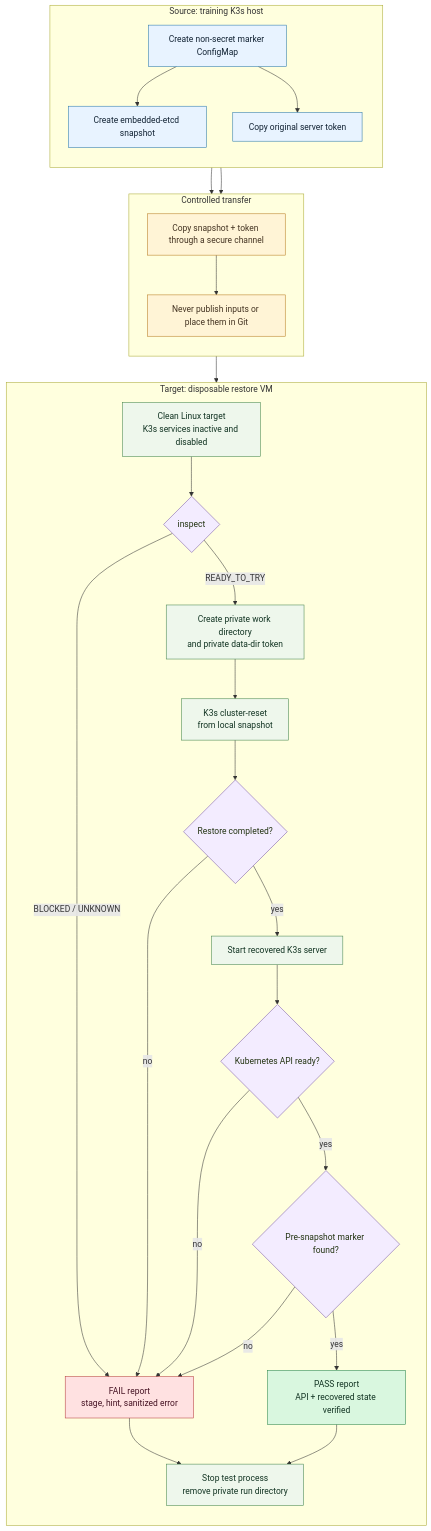
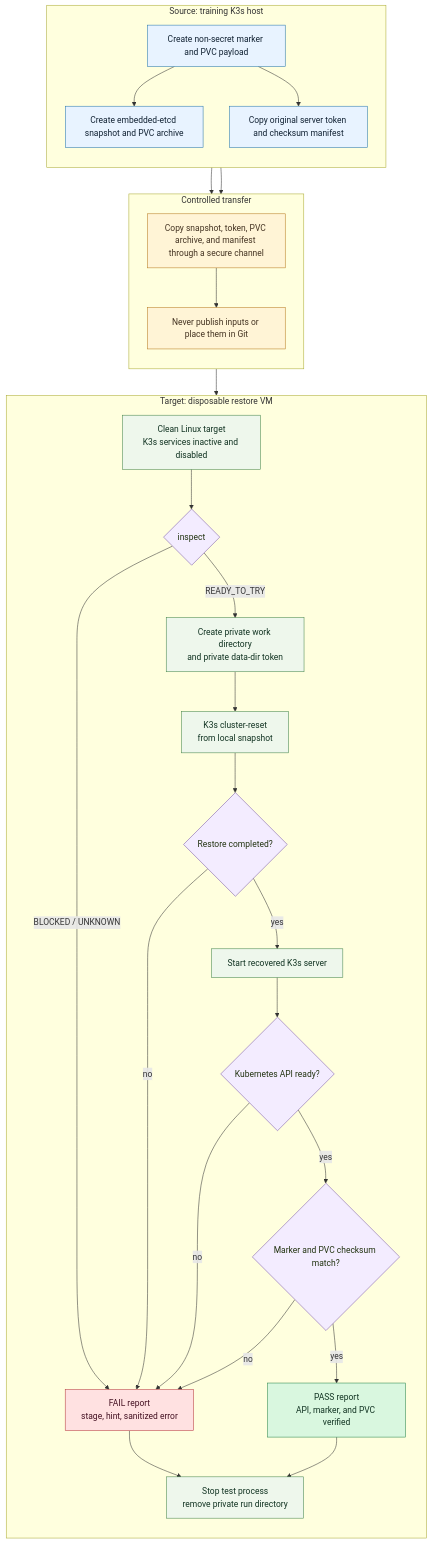
Before and after one commit to alternatif-omg/K3s-Restore-Drill: the diagram in README.md, drawn with Mermaid. The commit also changed other lines of this file and 7 other files, not shown here.

````diff
--- a/README.md
+++ b/README.md
@@ -37,64 +38,64 @@
 ```mermaid
 flowchart TB
     subgraph Source["Source: training K3s host"]
         direction TB
-        S1["Create non-secret marker ConfigMap"]
-        S2["Create embedded-etcd snapshot"]
-        S3["Copy original server token"]
+        S1["Create non-secret marker and PVC payload"]
+        S2["Create embedded-etcd snapshot and PVC archive"]
+        S3["Copy original server token and checksum manifest"]
         S1 --> S2
         S1 --> S3
     end
 
     subgraph Transfer["Controlled transfer"]
         direction TB
-        X1["Copy snapshot + token through a secure channel"]
+        X1["Copy snapshot, token, PVC archive, and manifest through a secure channel"]
         X2["Never publish inputs or place them in Git"]
         X1 --> X2
     end
 
     subgraph Target["Target: disposable restore VM"]
         direction TB
         T1["Clean Linux target<br/>K3s services inactive and disabled"]
         T2{"inspect"}
         T3["Create private work directory<br/>and private data-dir token"]
         T4["K3s cluster-reset<br/>from local snapshot"]
         T5{"Restore completed?"}
         T6["Start recovered K3s server"]
         T7{"Kubernetes API ready?"}
-        T8{"Pre-snapshot marker found?"}
-        T9["PASS report<br/>API + recovered state verified"]
+        T8{"Marker and PVC checksum match?"}
+        T9["PASS report<br/>API, marker, and PVC verified"]
         F1["FAIL report<br/>stage, hint, sanitized error"]
         C1["Stop test process<br/>remove private run directory"]
 
         T1 --> T2
         T2 -- "BLOCKED / UNKNOWN" --> F1
         T2 -- "READY_TO_TRY" --> T3
         T3 --> T4 --> T5
         T5 -- "no" --> F1
         T5 -- "yes" --> T6 --> T7
         T7 -- "no" --> F1
         T7 -- "yes" --> T8
         T8 -- "no" --> F1
         T8 -- "yes" --> T9
         T9 --> C1
         F1 --> C1
     end
 
     S2 --> X1
     S3 --> X1
     X2 --> T1
 
     classDef source fill:#e8f3ff,stroke:#2574a9,color:#123;
     classDef transfer fill:#fff4d6,stroke:#b7791f,color:#432;
     classDef action fill:#eef7ec,stroke:#43834a,color:#132;
     classDef decision fill:#f3ecff,stroke:#7754a8,color:#231;
     classDef pass fill:#d9f7df,stroke:#27834a,color:#132;
     classDef fail fill:#ffe1e1,stroke:#b53b3b,color:#412;
 
     class S1,S2,S3 source;
     class X1,X2 transfer;
     class T1,T3,T4,T6,C1 action;
     class T2,T5,T7,T8 decision;
     class T9 pass;
     class F1 fail;
 ```
````
